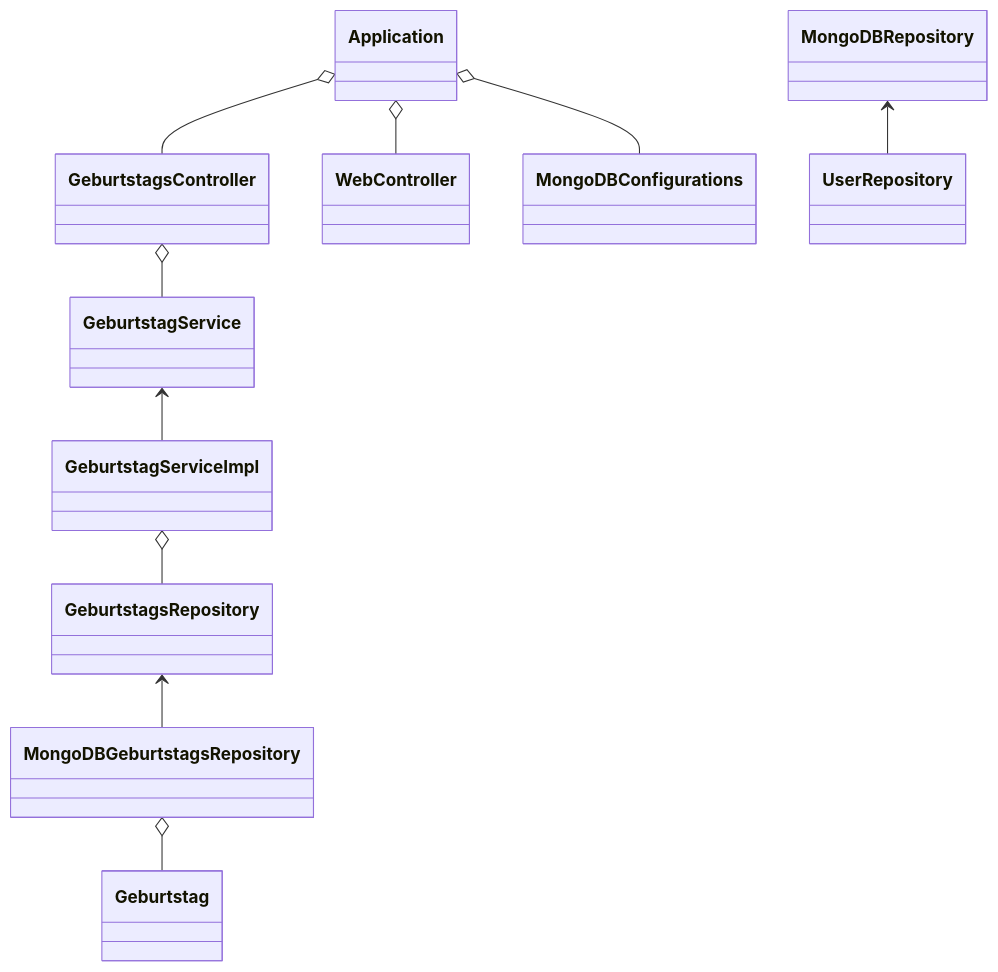
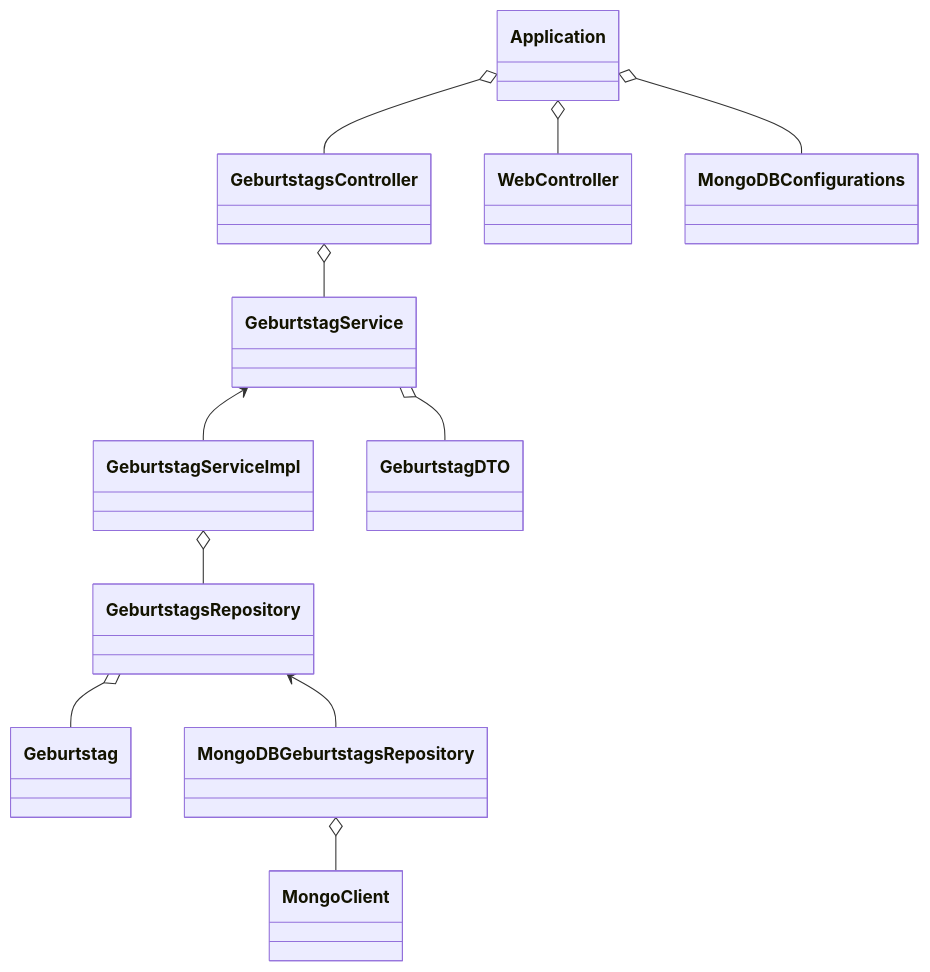
Before and after one commit to fabianscharfetter69/POS-Projekt2024: the third of 3 diagrams in README.md, drawn with Mermaid. The commit also changed other lines of this file, not shown here.

````diff
--- a/README.md
+++ b/README.md
@@ -178,14 +466,15 @@
 ```mermaid
 classDiagram
     Application o-- GeburtstagsController
     Application o-- WebController
     Application o-- MongoDBConfigurations
 
     GeburtstagsController o-- GeburtstagService
     GeburtstagServiceImpl o-- GeburtstagsRepository
-    MongoDBGeburtstagsRepository o-- Geburtstag
+    GeburtstagService o-- GeburtstagDTO
+    GeburtstagsRepository o-- Geburtstag
+    MongoDBGeburtstagsRepository o-- MongoClient
 
     GeburtstagsRepository <-- MongoDBGeburtstagsRepository
     GeburtstagService <-- GeburtstagServiceImpl
-    MongoDBRepository <-- UserRepository
 ```
````
